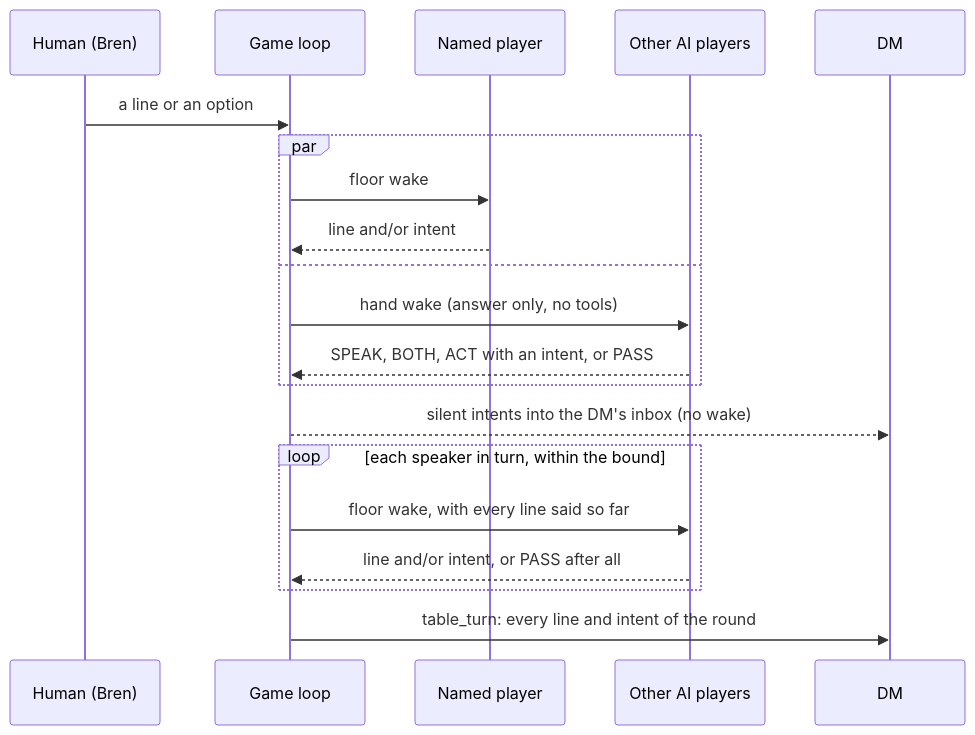
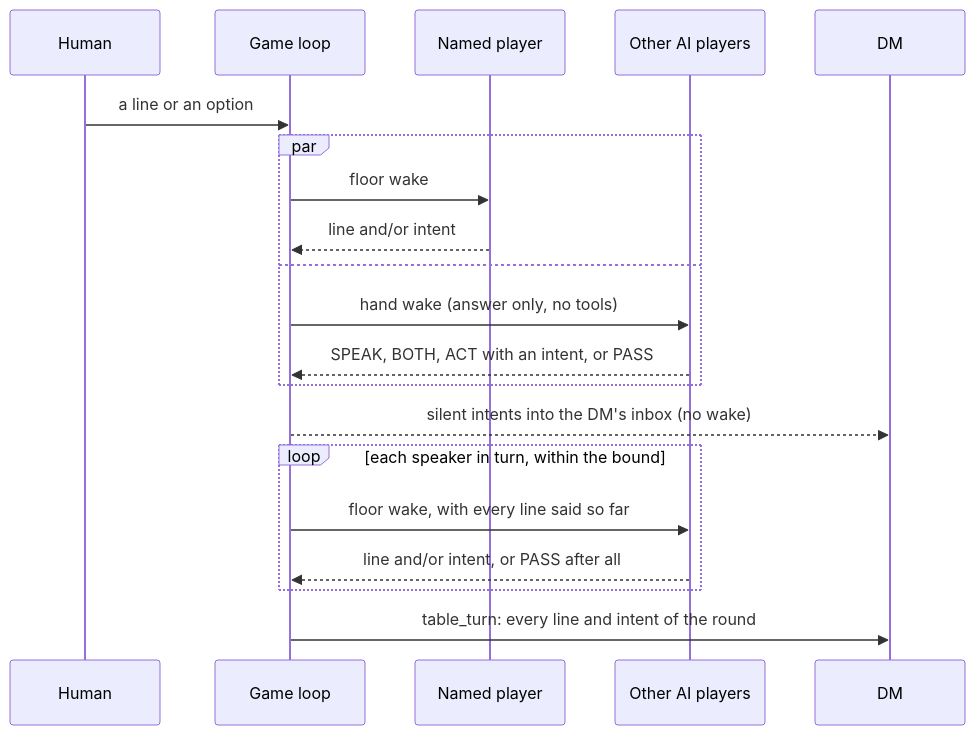
Before and after one commit to StGerman/nat20-table: the diagram in docs/design/party-talk.md, drawn with Mermaid. The commit also changed other lines of this file and 19 other files, not shown here.

````diff
--- a/docs/design/party-talk.md
+++ b/docs/design/party-talk.md
@@ -80,22 +80,22 @@
 ```mermaid
 sequenceDiagram
-    participant H as Human (Bren)
+    participant H as Human
     participant L as Game loop
     participant N as Named player
     participant P as Other AI players
     participant DM
     H->>L: a line or an option
     par
         L->>N: floor wake
         N-->>L: line and/or intent
     and
         L->>P: hand wake (answer only, no tools)
         P-->>L: SPEAK, BOTH, ACT with an intent, or PASS
     end
     L-->>DM: silent intents into the DM's inbox (no wake)
     loop each speaker in turn, within the bound
         L->>P: floor wake, with every line said so far
         P-->>L: line and/or intent, or PASS after all
     end
     L->>DM: table_turn: every line and intent of the round
 ```
````
